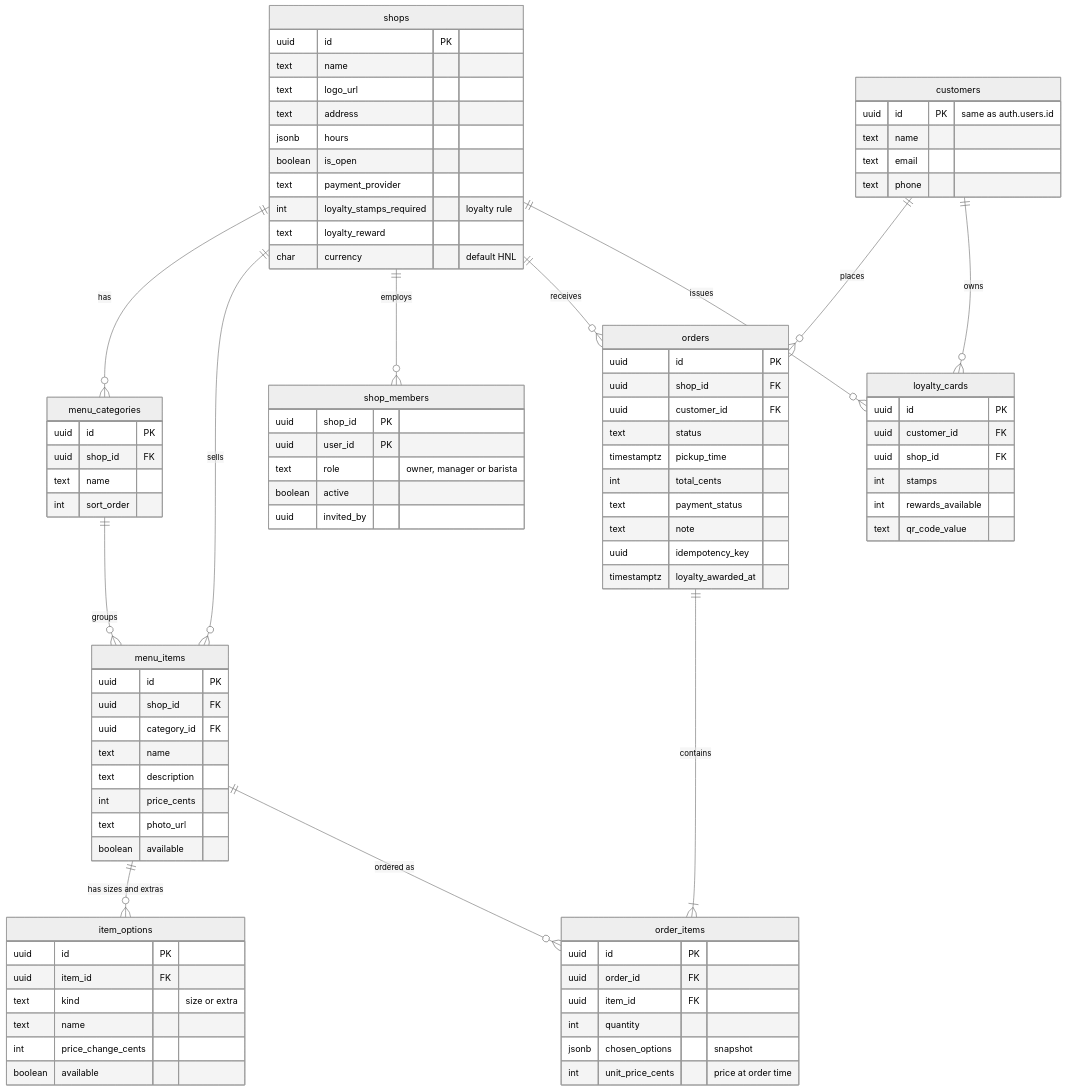
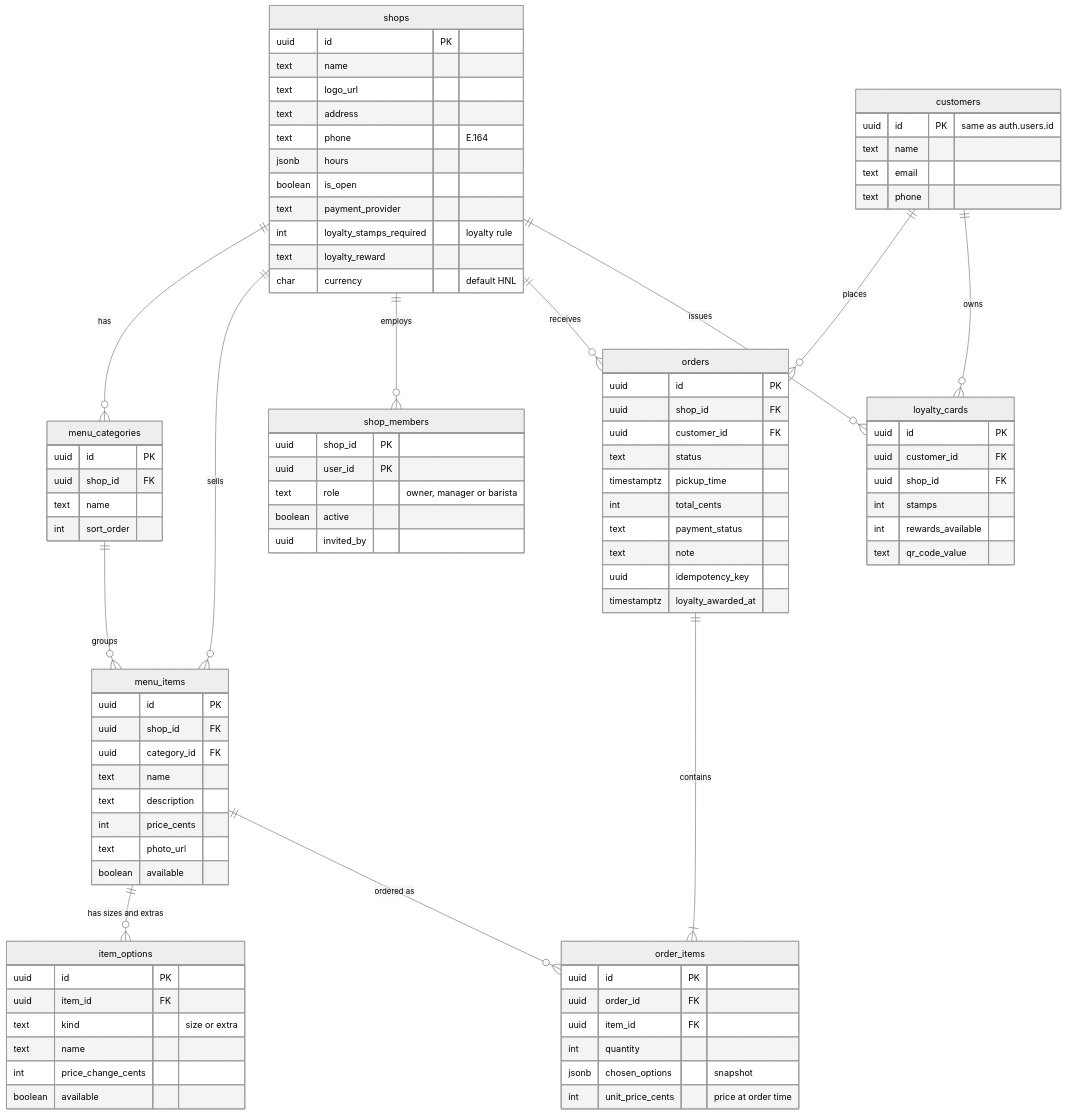
The first of 3 diagrams in docs/data-model.md (DiegoAlfaro1/MiBarra), drawn with Mermaid (neutral theme) before and after one commit. The commit also changed other lines of this file and 16 other files, not shown here.

```diff
--- a/docs/data-model.md
+++ b/docs/data-model.md
@@ -31,6 +31,7 @@
         text name
         text logo_url
         text address
+        text phone "E.164"
         jsonb hours
         boolean is_open
         text payment_provider
```
